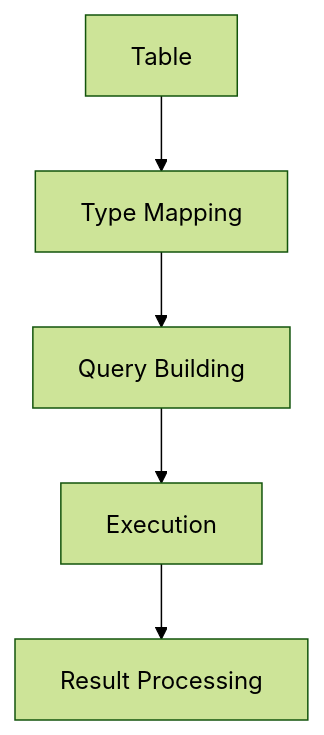
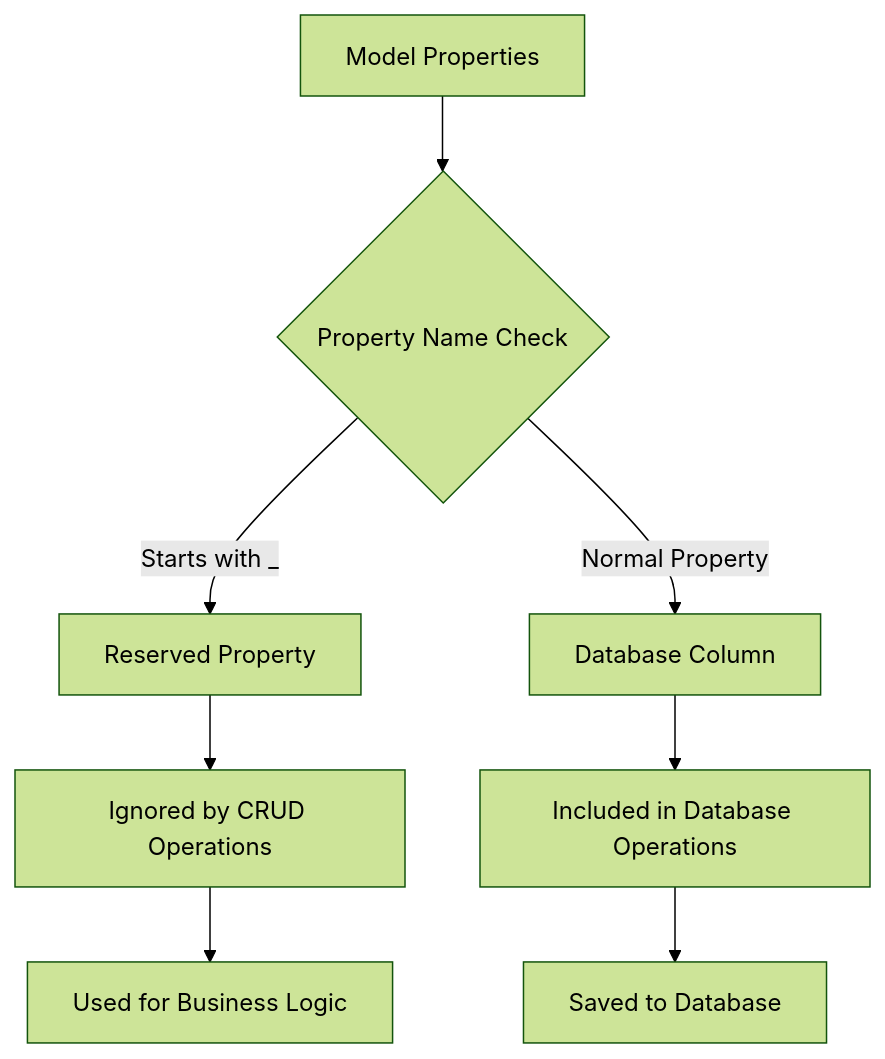
Before and after one commit to secure73/gemvc: the third of 3 diagrams in docs/core/database-architecture.md, drawn with Mermaid (forest theme). The commit also changed other lines of this file and 2 other files, not shown here.

Commit message:
PdoQuery

````diff
--- a/docs/core/database-architecture.md
+++ b/docs/core/database-architecture.md
@@ -155,7 +299,10 @@
 ```mermaid
 graph TD
-    A[Table] --> B[Type Mapping]
-    B --> C[Query Building]
-    C --> D[Execution]
-    D --> E[Result Processing]
+    A[Model Properties] --> B{Property Name Check}
+    B -->|Starts with _| C[Reserved Property]
+    B -->|Normal Property| D[Database Column]
+    C --> E[Ignored by CRUD Operations]
+    D --> F[Included in Database Operations]
+    E --> G[Used for Business Logic]
+    F --> H[Saved to Database]
 ```
````
